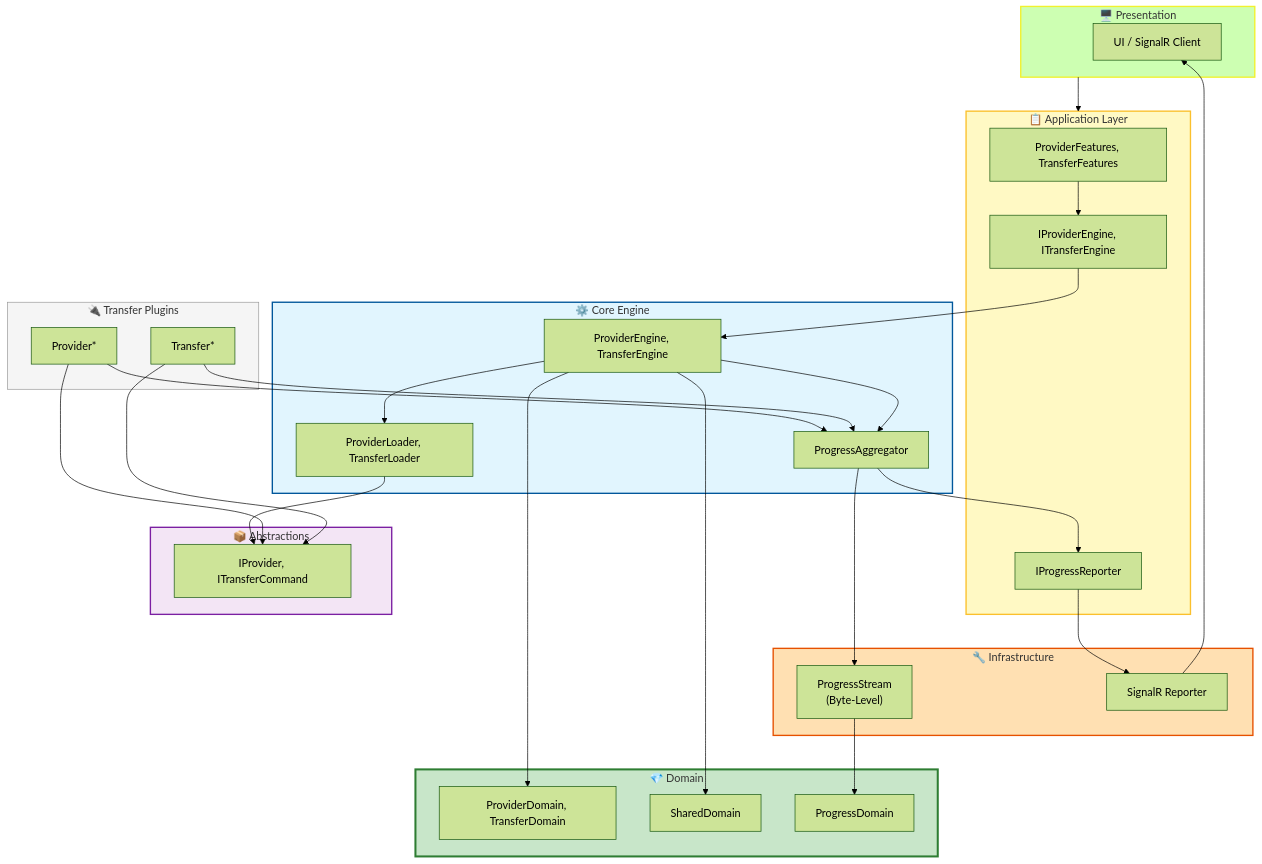
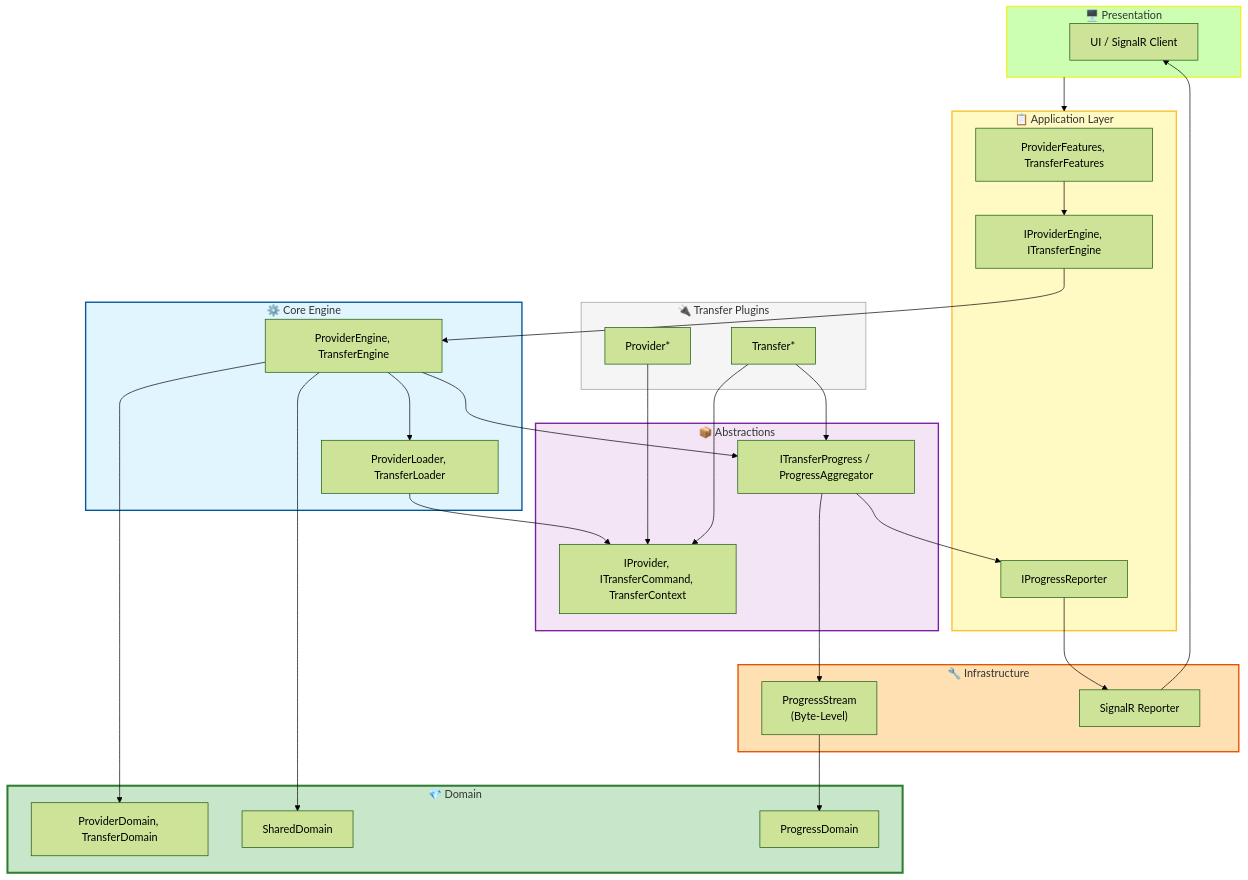
The sixth of 8 diagrams in docs/architecture/architecture.md (SOWITransferX/plugin-devkit), drawn with Mermaid (forest theme) before and after one commit. The commit also changed other lines of this file and 26 other files, not shown here.

````diff
--- a/docs/architecture/architecture.md
+++ b/docs/architecture/architecture.md
@@ -597,81 +602,79 @@
 ```mermaid
 graph TD
 
 %% ===== PRESENTATION =====
 subgraph Presentation["🖥️ Presentation"]
     UI["UI / SignalR Client"]
 end
 
 %% ===== APPLICATION =====
 subgraph Application["📋 Application Layer"]
     Features["ProviderFeatures, TransferFeatures"]
     Interfaces["IProviderEngine, ITransferEngine"]
     ProgressReporter["IProgressReporter"]
 end
 
 %% ===== CORE =====
 subgraph Core["⚙️ Core Engine"]
     Engine["ProviderEngine, TransferEngine"]
     Loader["ProviderLoader, TransferLoader"]
-    ProgressAggregator["ProgressAggregator"]
 end
 
 %% ===== ABSTRACTIONS =====
 subgraph Abstractions["📦 Abstractions"]
-    IAbstractions["IProvider, ITransferCommand"]
+    IAbstractions["IProvider, ITransferCommand, TransferContext"]
+    ProgressAggregator["ITransferProgress / ProgressAggregator"]
 end
 
 %% ===== PLUGINS =====
 subgraph Plugins["🔌 Transfer Plugins"]
     Provider["Provider*"]
     Transfer["Transfer*"]
 end
 
 %% ===== INFRA =====
 subgraph Infrastructure["🔧 Infrastructure"]
     ProgressStream["ProgressStream\n(Byte-Level)"]
     SignalRReporter["SignalR Reporter"]
 end
 
 %% ===== DOMAIN =====
 subgraph Domain["💎 Domain"]
     PTDomain["ProviderDomain, TransferDomain"]
     SharedDomain["SharedDomain"]
     ProgressDomain["ProgressDomain"]
 end
 
 %% FLOW
 Presentation --> Application
 
 Features --> Interfaces
 Interfaces --> Engine
 
 Engine --> Loader
 Loader --> IAbstractions
 
 Provider --> IAbstractions
 Transfer --> IAbstractions
-
-Provider --> ProgressAggregator
 Transfer --> ProgressAggregator
 
 ProgressAggregator --> ProgressStream
 ProgressStream --> ProgressDomain
 
 ProgressAggregator --> ProgressReporter
 ProgressReporter --> SignalRReporter
 SignalRReporter --> UI
 
 Engine --> PTDomain
 Engine --> SharedDomain
 Engine --> ProgressAggregator
 
 %% ===== COLORS =====
 style Presentation fill:#ffff4,stroke:#f1f12d,stroke-width:2px
 style Domain fill:#c8e6c9,stroke:#2e7d32,stroke-width:3px
 style Application fill:#fff9c4,stroke:#fbc02d,stroke-width:2px
 style Core fill:#e1f5fe,stroke:#01579b,stroke-width:2px
 style Abstractions fill:#f3e5f5,stroke:#7b1fa2,stroke-width:2px
 style Infrastructure fill:#ffe0b2,stroke:#e65100,stroke-width:2px
 style Plugins fill:#f5f5f5,stroke:#999,stroke-width:1px
 ```
````
